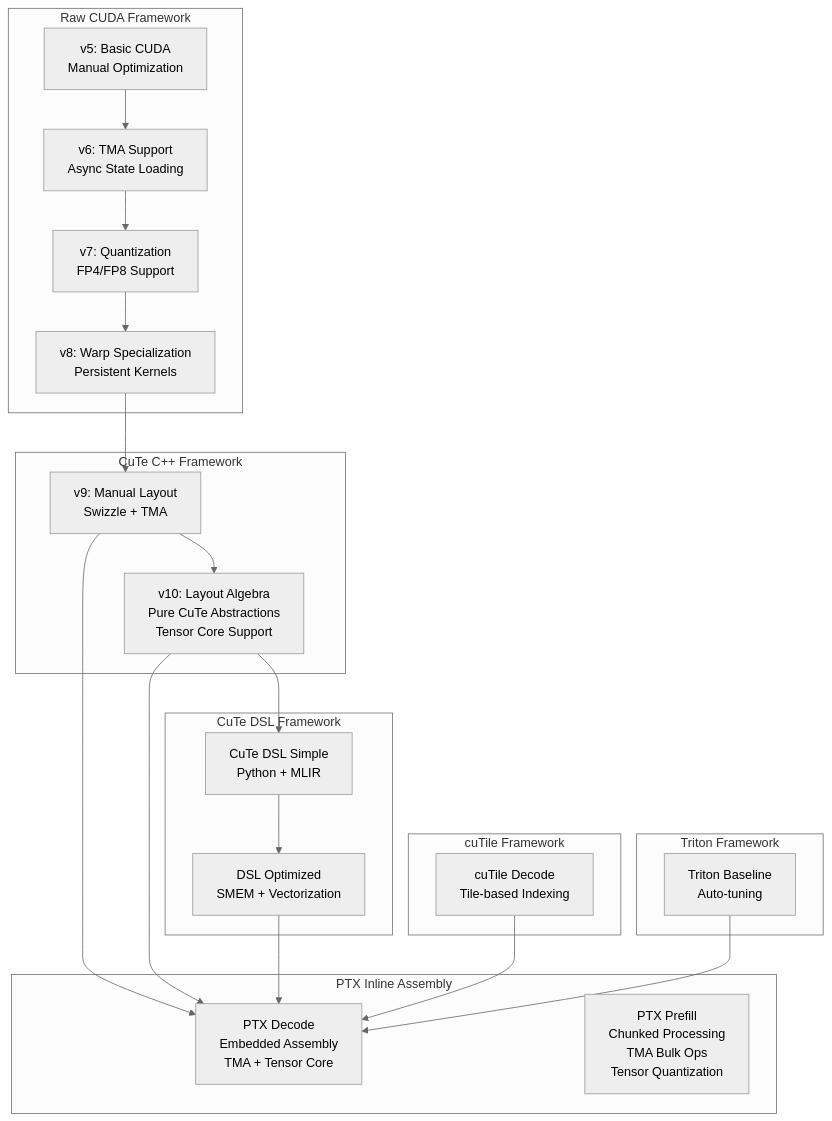
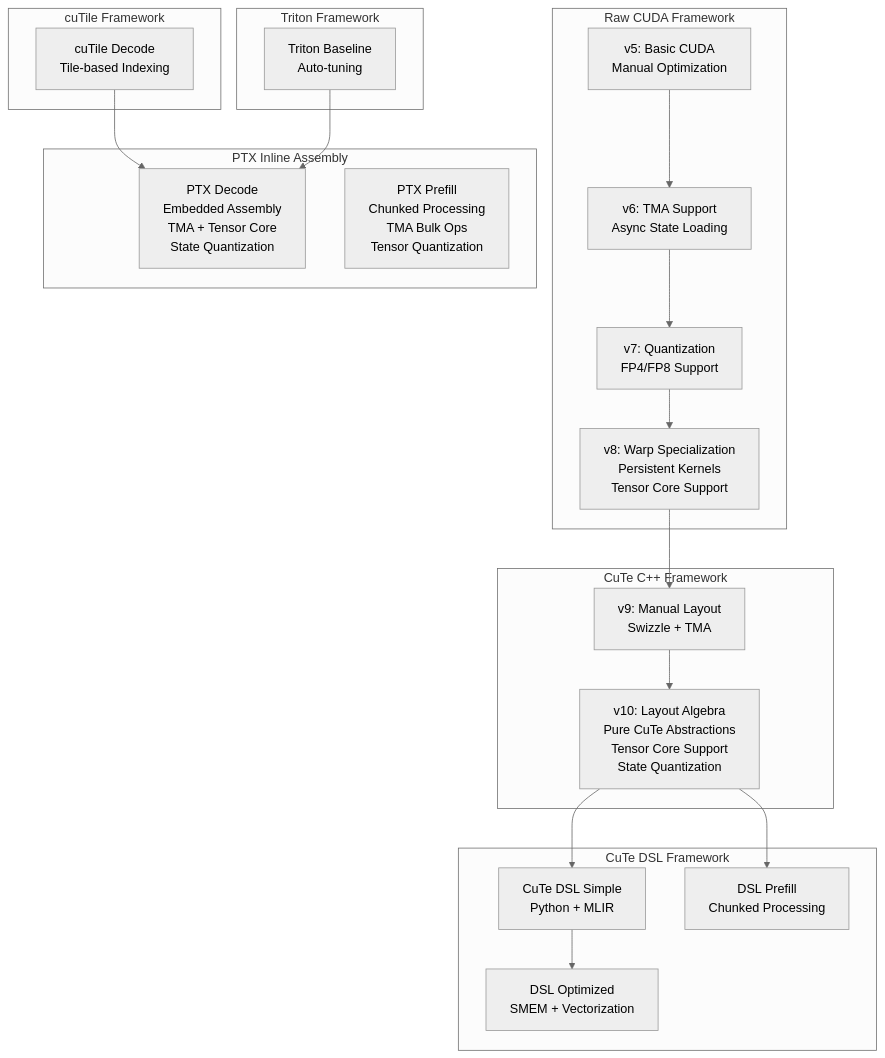
Before and after one commit to gugudeshubao/flashinfer-bench-tma-thrust: the first of 7 diagrams in .qoder/repowiki/en/content/Core Kernels/Core Kernels.md, drawn with Mermaid (neutral theme). The commit also changed other lines of this file and 23 other files, not shown here.

````diff
--- a/.qoder/repowiki/en/content/Core Kernels/Core Kernels.md
+++ b/.qoder/repowiki/en/content/Core Kernels/Core Kernels.md
@@ -106,35 +111,34 @@
 ```mermaid
 graph TB
 subgraph "Raw CUDA Framework"
 CUDA_v5["v5: Basic CUDA<br/>Manual Optimization"]
 CUDA_v6["v6: TMA Support<br/>Async State Loading"]
 CUDA_v7["v7: Quantization<br/>FP4/FP8 Support"]
-CUDA_v8["v8: Warp Specialization<br/>Persistent Kernels"]
+CUDA_v8["v8: Warp Specialization<br/>Persistent Kernels<br/>Tensor Core Support"]
 end
 subgraph "CuTe C++ Framework"
 CuTe_v9["v9: Manual Layout<br/>Swizzle + TMA"]
-CuTe_v10["v10: Layout Algebra<br/>Pure CuTe Abstractions<br/>Tensor Core Support"]
+CuTe_v10["v10: Layout Algebra<br/>Pure CuTe Abstractions<br/>Tensor Core Support<br/>State Quantization"]
 end
 subgraph "CuTe DSL Framework"
 DSL_Simple["CuTe DSL Simple<br/>Python + MLIR"]
 DSL_Optimized["DSL Optimized<br/>SMEM + Vectorization"]
+DSL_Prefill["DSL Prefill<br/>Chunked Processing"]
 end
 subgraph "cuTile Framework"
 CuTile_Decode["cuTile Decode<br/>Tile-based Indexing"]
 end
 subgraph "PTX Inline Assembly"
-PTX_Decode["PTX Decode<br/>Embedded Assembly<br/>TMA + Tensor Core"]
+PTX_Decode["PTX Decode<br/>Embedded Assembly<br/>TMA + Tensor Core<br/>State Quantization"]
 PTX_Prefill["PTX Prefill<br/>Chunked Processing<br/>TMA Bulk Ops<br/>Tensor Quantization"]
 end
 subgraph "Triton Framework"
 Triton_Base["Triton Baseline<br/>Auto-tuning"]
 end
 CUDA_v5 --> CUDA_v6 --> CUDA_v7 --> CUDA_v8
 CUDA_v8 --> CuTe_v9 --> CuTe_v10
 CuTe_v10 --> DSL_Simple --> DSL_Optimized
-CuTe_v9 --> PTX_Decode
-CuTe_v10 --> PTX_Decode
-DSL_Optimized --> PTX_Decode
+CuTe_v10 --> DSL_Prefill
 CuTile_Decode --> PTX_Decode
 Triton_Base --> PTX_Decode
 ```
````
